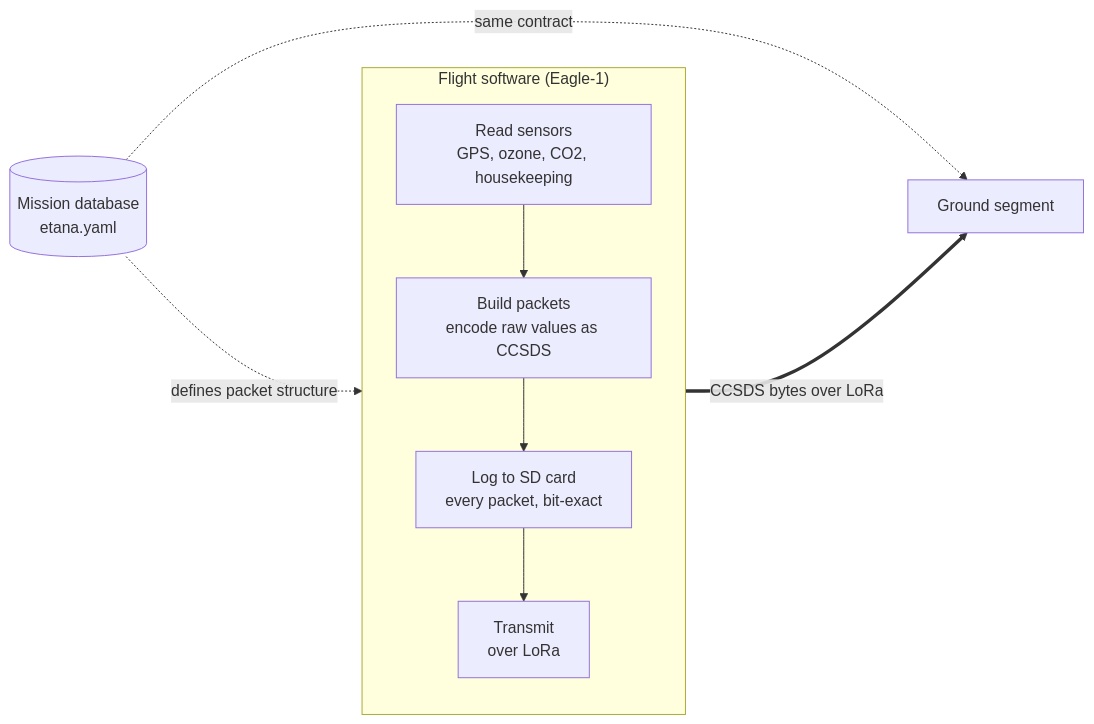
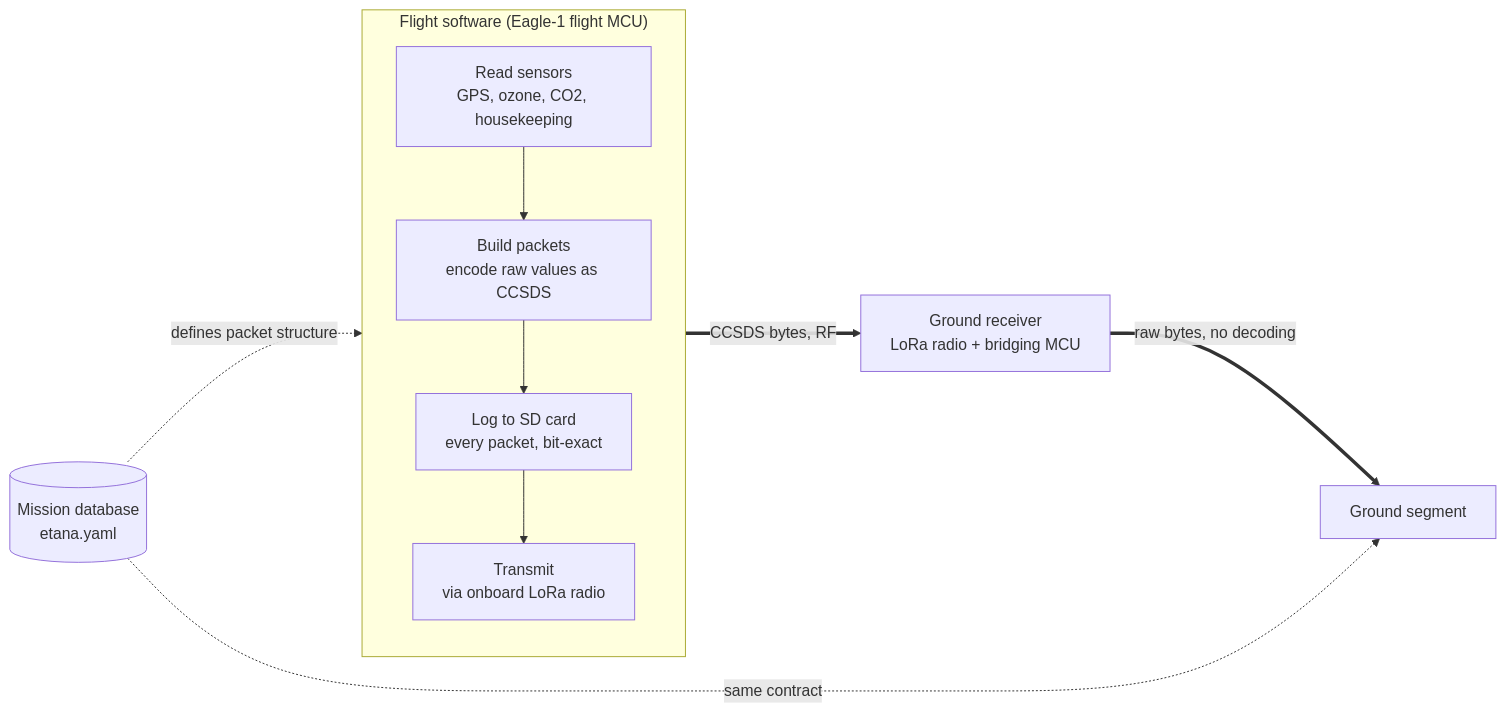
Before and after one commit to Ogmar/etana: the diagram in flight-software/README.md, drawn with Mermaid. The commit also changed other lines of this file and 5 other files, not shown here.

First line of the commit message:
Document the ground receiver as a distinct hardware link, not a LoRa cloud

````diff
--- a/flight-software/README.md
+++ b/flight-software/README.md
@@ -17,17 +17,18 @@
 ```mermaid
 flowchart LR
-    subgraph flight["Flight software (Eagle-1)"]
+    subgraph flight["Flight software (Eagle-1 flight MCU)"]
         direction TB
         SENSE["Read sensors<br/>GPS, ozone, CO2, housekeeping"]
         BUILD["Build packets<br/>encode raw values as CCSDS"]
         LOG["Log to SD card<br/>every packet, bit-exact"]
-        TX["Transmit<br/>over LoRa"]
+        TX["Transmit<br/>via onboard LoRa radio"]
         SENSE --> BUILD --> LOG --> TX
     end
 
     MDB[("Mission database<br/>etana.yaml")]
     MDB -.->|"defines packet structure"| BUILD
 
-    TX ==>|"CCSDS bytes over LoRa"| GROUND["Ground segment"]
+    TX ==>|"CCSDS bytes, RF"| GRX["Ground receiver<br/>LoRa radio + bridging MCU"]
+    GRX ==>|"raw bytes, no decoding"| GROUND["Ground segment"]
     MDB -.->|"same contract"| GROUND
 ```
````
